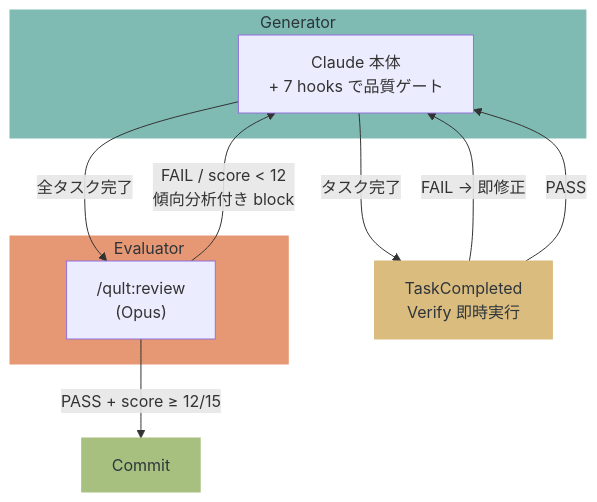
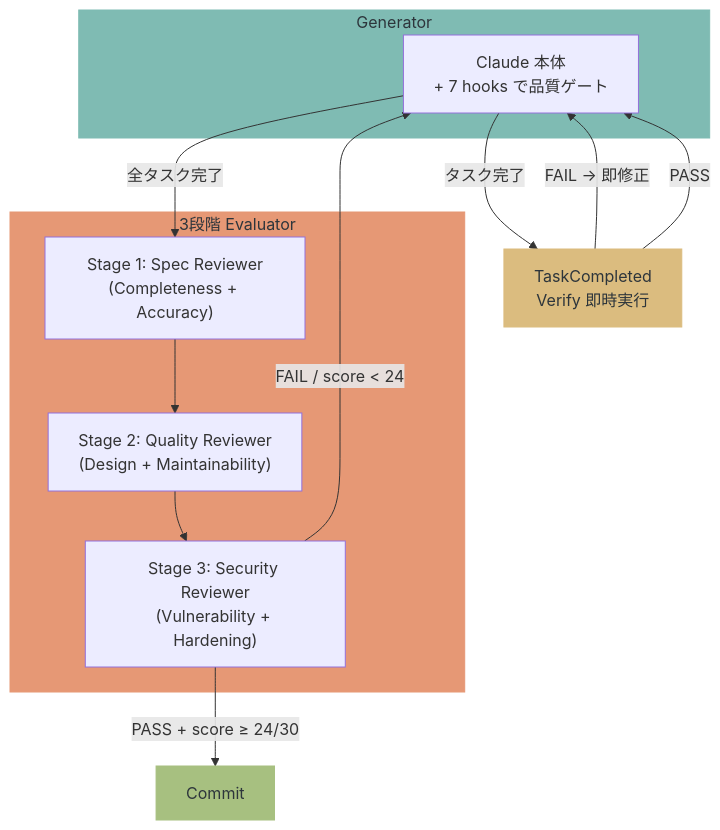
One commit to hir4ta/qult changed the second of 2 diagrams in README.ja.md. Above: the diagram before and after it, drawn with Mermaid. The commit also changed other lines of this file, not shown here.

````diff
--- a/README.ja.md
+++ b/README.ja.md
@@ -46,21 +67,25 @@
 ```mermaid
 flowchart TB
     subgraph Generator["Generator"]
         Claude["Claude 本体\n+ 7 hooks で品質ゲート"]
     end
-    subgraph Evaluator["Evaluator"]
-        Rev["/qult:review\n(Opus)"]
+    subgraph Evaluator["3段階 Evaluator"]
+        Spec["Stage 1: Spec Reviewer\n(Completeness + Accuracy)"]
+        Quality["Stage 2: Quality Reviewer\n(Design + Maintainability)"]
+        Security["Stage 3: Security Reviewer\n(Vulnerability + Hardening)"]
     end
 
     Claude -- "タスク完了" --> TV["TaskCompleted\nVerify 即時実行"]
     TV -- "FAIL → 即修正" --> Claude
     TV -- "PASS" --> Claude
-    Claude -- "全タスク完了" --> Rev
-    Rev -- "FAIL / score < 12\n傾向分析付き block" --> Claude
-    Rev -- "PASS + score ≥ 12/15" --> Done["Commit"]
+    Claude -- "全タスク完了" --> Spec
+    Spec --> Quality
+    Quality --> Security
+    Security -- "FAIL / score < 24" --> Claude
+    Security -- "PASS + score ≥ 24/30" --> Done["Commit"]
 
     style Generator fill:#7fbbb3,color:#2d353b,stroke:#7fbbb3
     style Evaluator fill:#e69875,color:#2d353b,stroke:#e69875
     style Done fill:#a7c080,color:#2d353b,stroke:#a7c080
     style TV fill:#dbbc7f,color:#2d353b,stroke:#dbbc7f
 ```
````
